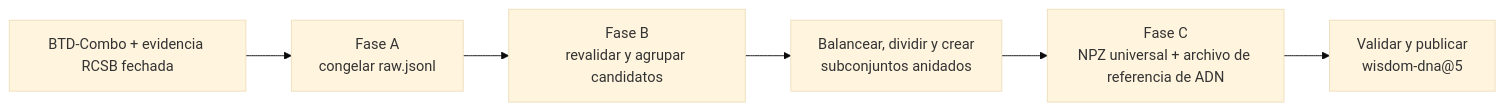
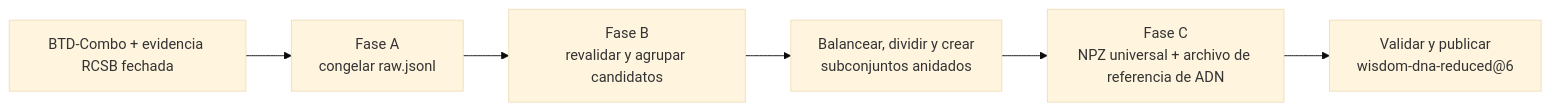
The first of 5 diagrams in README.es.md (Davimity/WISDOM), drawn with Mermaid (base theme) before and after one commit. The commit also changed other lines of this file and 71 other files, not shown here.

First line of the commit message:
Implement the WISDOM experimental roadmap and surface-aware evaluation

````diff
--- a/README.es.md
+++ b/README.es.md
@@ -345,8 +343,8 @@
 ```mermaid
 flowchart LR
     A["BTD-Combo + evidencia RCSB fechada"] --> B["Fase A<br/>congelar raw.jsonl"]
     B --> C["Fase B<br/>revalidar y agrupar candidatos"]
     C --> D["Balancear, dividir y crear<br/>subconjuntos anidados"]
     D --> E["Fase C<br/>NPZ universal + archivo de referencia de ADN"]
-    E --> F["Validar y publicar<br/>wisdom-dna@5"]
+    E --> F["Validar y publicar<br/>wisdom-dna-reduced@6"]
 ```
````
